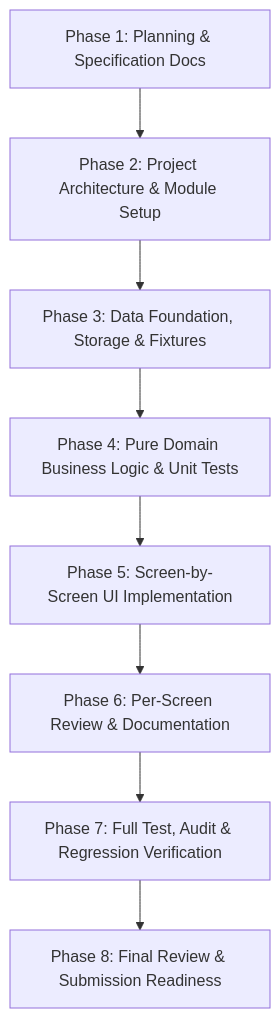
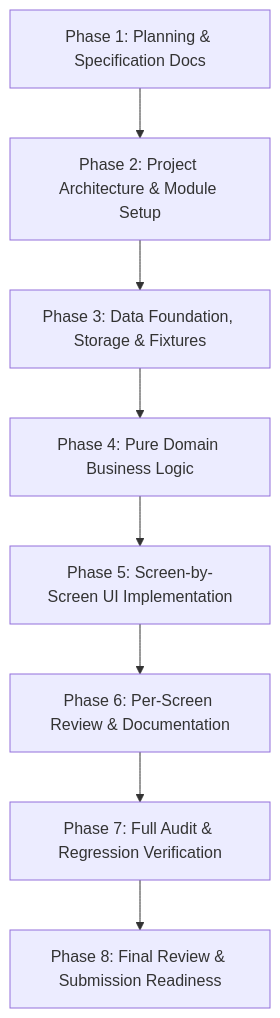
The diagram in documents/PROJECT_PLAN.md (sangili-sangili/Training-Enrollment-Desk), drawn with Mermaid before and after one commit. The commit also changed other lines of this file and 24 other files, not shown here.

````diff
--- a/documents/PROJECT_PLAN.md
+++ b/documents/PROJECT_PLAN.md
@@ -133,10 +133,10 @@
 ```mermaid
 graph TD
     P1[Phase 1: Planning & Specification Docs] --> P2[Phase 2: Project Architecture & Module Setup]
     P2 --> P3[Phase 3: Data Foundation, Storage & Fixtures]
-    P3 --> P4[Phase 4: Pure Domain Business Logic & Unit Tests]
+    P3 --> P4[Phase 4: Pure Domain Business Logic]
     P4 --> P5[Phase 5: Screen-by-Screen UI Implementation]
     P5 --> P6[Phase 6: Per-Screen Review & Documentation]
-    P6 --> P7[Phase 7: Full Test, Audit & Regression Verification]
+    P6 --> P7[Phase 7: Full Audit & Regression Verification]
     P7 --> P8[Phase 8: Final Review & Submission Readiness]
 ```
````
